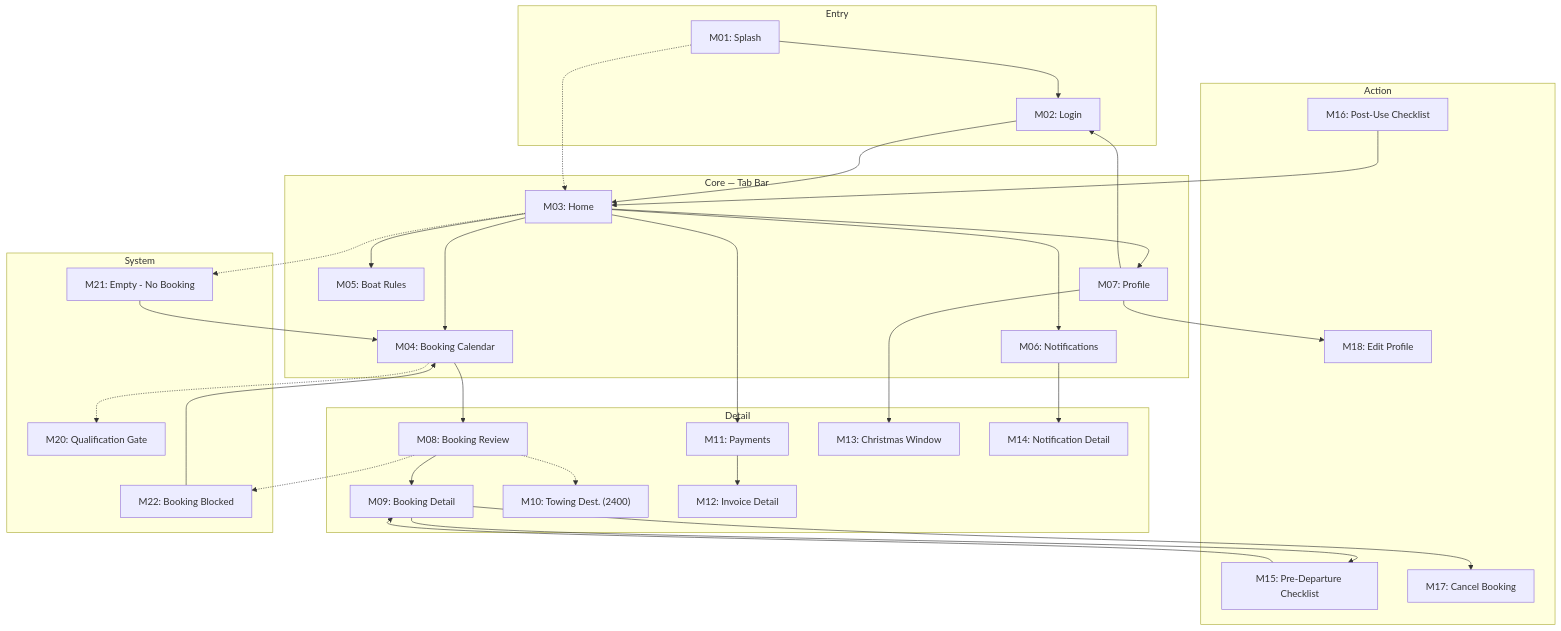
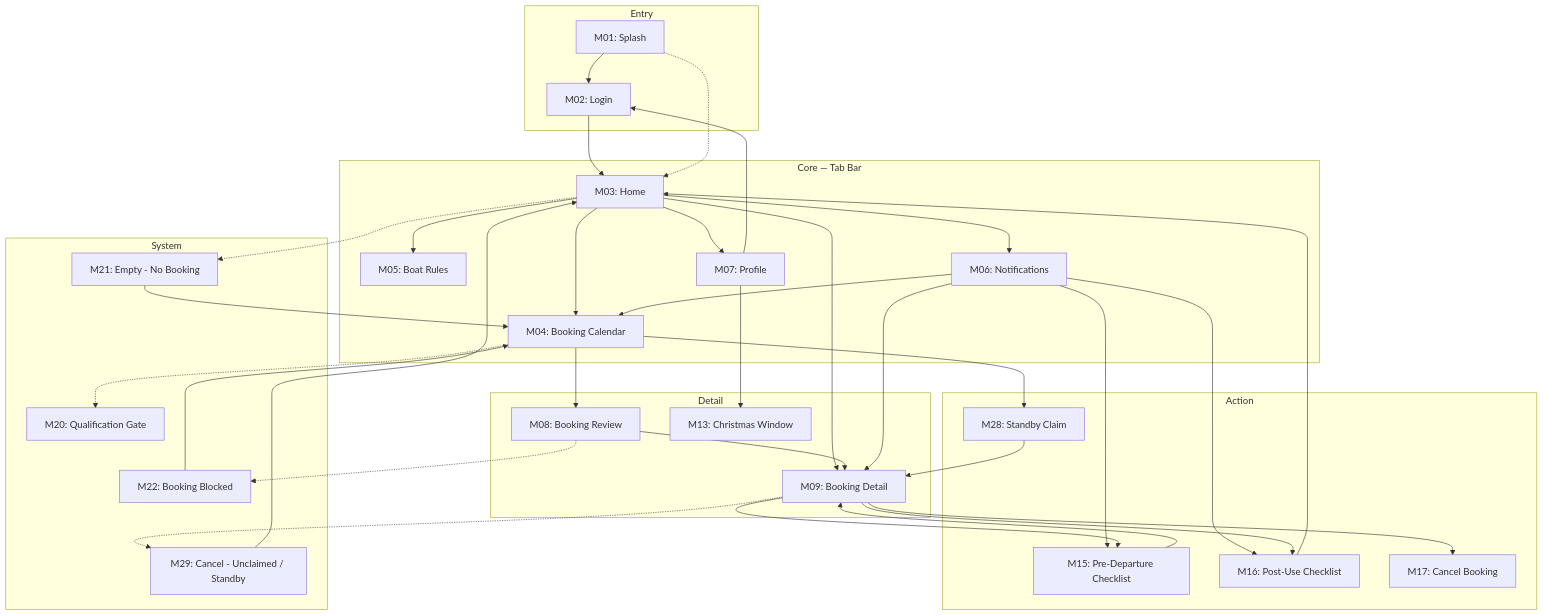
One commit to huongnguyen311/Offshore-Collective changed the first of 3 diagrams in design/01-information-architecture.md. Above: the diagram before and after it, drawn with Mermaid. The commit also changed other lines of this file and 25 other files, not shown here.

````diff
--- a/design/01-information-architecture.md
+++ b/design/01-information-architecture.md
@@ -68,50 +67,49 @@
 ```mermaid
 graph TD
   subgraph Entry
     M01["M01: Splash"]
     M02["M02: Login"]
   end
   subgraph Core["Core — Tab Bar"]
     M03["M03: Home"]
     M04["M04: Booking Calendar"]
     M05["M05: Boat Rules"]
     M06["M06: Notifications"]
     M07["M07: Profile"]
   end
   subgraph Detail
     M08["M08: Booking Review"]
     M09["M09: Booking Detail"]
-    M10["M10: Towing Dest. (2400)"]
-    M11["M11: Payments"]
-    M12["M12: Invoice Detail"]
     M13["M13: Christmas Window"]
-    M14["M14: Notification Detail"]
   end
   subgraph Action
     M15["M15: Pre-Departure Checklist"]
     M16["M16: Post-Use Checklist"]
     M17["M17: Cancel Booking"]
-    M18["M18: Edit Profile"]
+    M28["M28: Standby Claim"]
   end
   subgraph System
     M20["M20: Qualification Gate"]
     M21["M21: Empty - No Booking"]
     M22["M22: Booking Blocked"]
+    M29["M29: Cancel - Unclaimed / Standby"]
   end
 
   M01 --> M02 --> M03
   M01 -.-> M03
-  M03 --> M04 & M05 & M06 & M07 & M11
+  M03 --> M04 & M05 & M06 & M07 & M09
   M03 -.-> M21 --> M04
   M04 --> M08
+  M04 --> M28
   M04 -.-> M20
   M08 --> M09
-  M08 -.-> M10
   M08 -.-> M22 --> M04
-  M06 --> M14
-  M07 --> M18 & M13 & M02
-  M09 --> M17 & M15
-  M11 --> M12
+  M06 --> M09 & M15 & M16
+  M06 --> M04
+  M07 --> M13 & M02
+  M09 --> M17 & M15 & M16
+  M09 -.-> M29 --> M03
+  M28 --> M09
   M15 --> M09
   M16 --> M03
 ```
````
